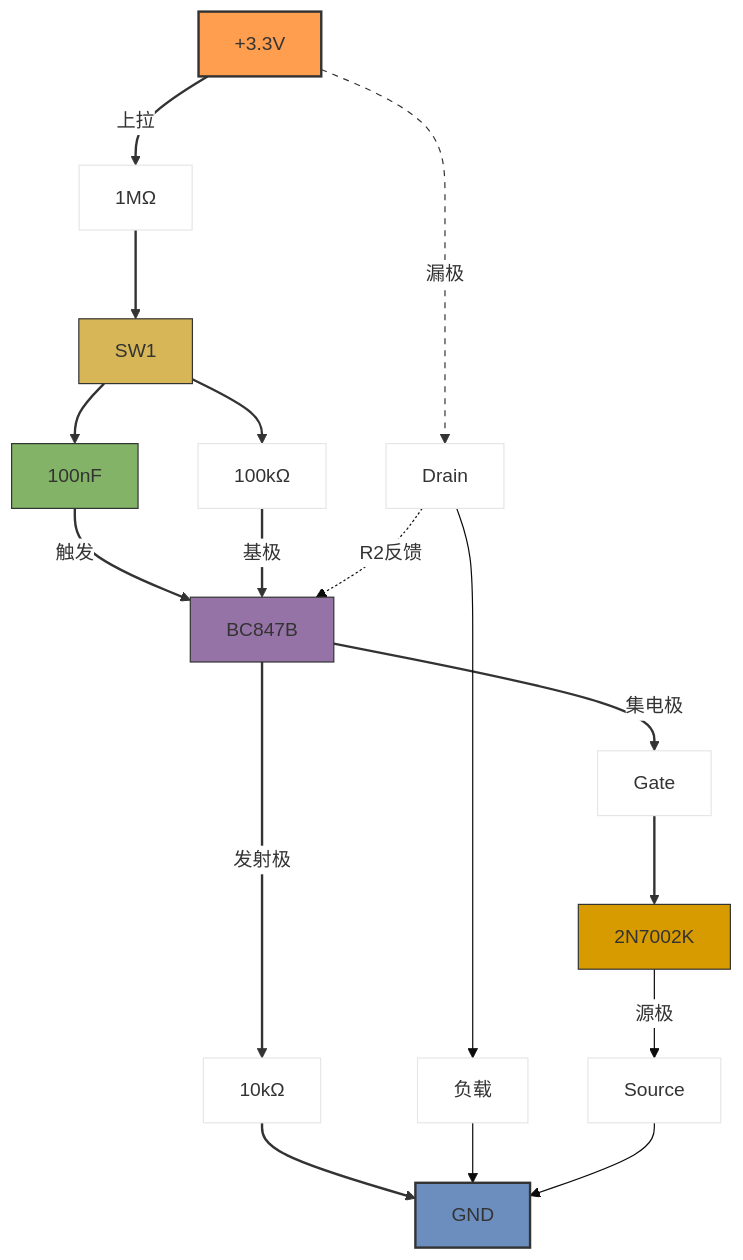
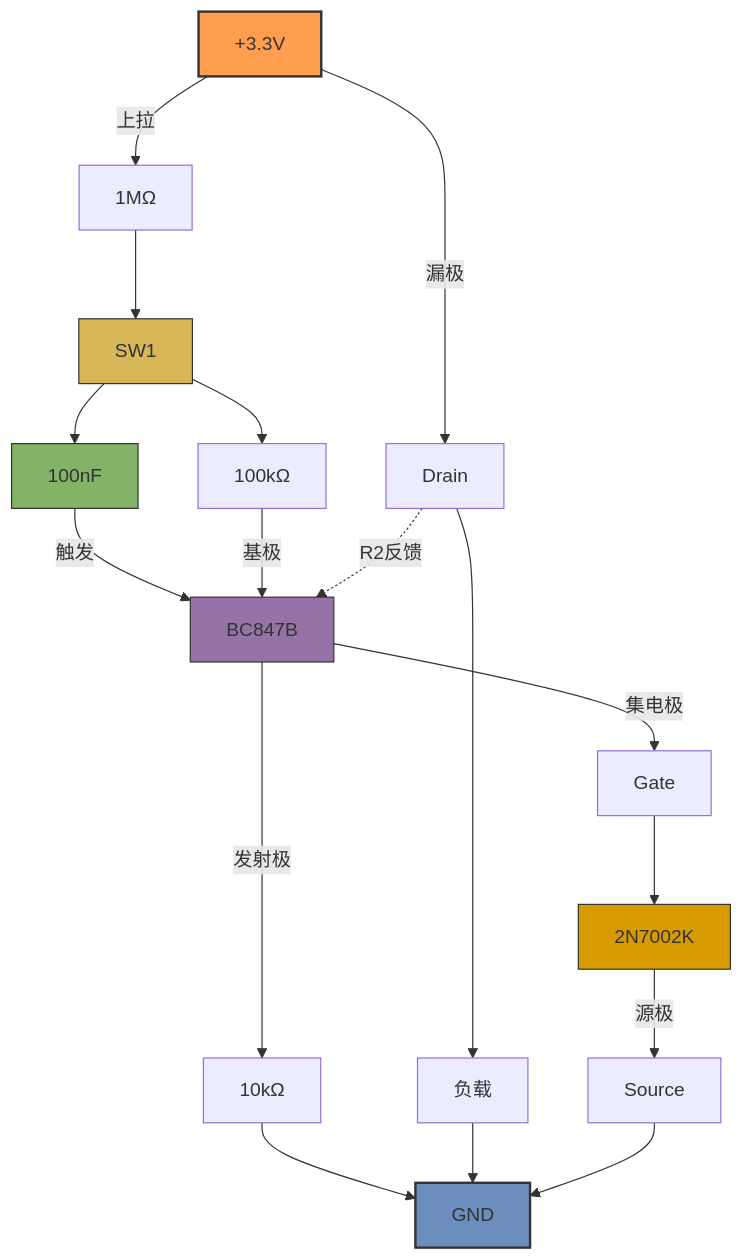
Before and after one commit to imaxu/imaxu.github.io: the second of 3 diagrams in _posts/2025-05-10-mosfet-switch-circuit.md, drawn with Mermaid.

````diff
--- a/_posts/2025-05-10-mosfet-switch-circuit.md
+++ b/_posts/2025-05-10-mosfet-switch-circuit.md
@@ -47,47 +47,48 @@
 ```mermaid
-%%{init: {'theme': 'base', 'themeVariables': { 'primaryColor': '#ffffff'}}}%%
 graph TB;
     %% 电源定义
-    VCC[+3.3V]:::power
-    GND[GND]:::ground
+    VCC[+3.3V]
+    GND[GND]
     
     %% 按键网络
-    SW1[SW1]:::switch
+    SW1[SW1]
     VCC -- 上拉 --> R1[1MΩ]
     R1 --> SW1
     SW1 --> C1[100nF]
     C1 -->|触发| Q2
     
     %% 双稳态控制
-    Q2[BC847B]:::bjt
-    Q1[2N7002K]:::mosfet
+    Q2[BC847B]
+    Q1[2N7002K]
     SW1 --> R2[100kΩ]
     R2 -->|基极| Q2
     Q2 -->|发射极| R3[10kΩ]
     R3 --> GND
     
     %% MOSFET开关
     Q2 -->|集电极| Q1_G[Gate]
     Q1_G --> Q1
     VCC -->|漏极| Q1_D[Drain]
     Q1_D --> LOAD[负载]
     LOAD --> GND
     Q1 -->|源极| Q1_S[Source]
     Q1_S --> GND
     
     %% 正反馈路径
     Q1_D -.->|R2反馈| Q2
     
     %% 样式定义
     classDef power fill:#ff9e4f,stroke:#333,stroke-width:2px;
     classDef ground fill:#6c8ebf,stroke:#333,stroke-width:2px;
     classDef switch fill:#d6b656,stroke:#333;
     classDef mosfet fill:#d79b00,stroke:#333;
     classDef bjt fill:#9673a6,stroke:#333;
     classDef cap fill:#82b366,stroke:#333;
     class C1 cap;
+    class VCC power;
+    class GND ground;
+    class SW1 switch;
+    class Q2 bjt;
+    class Q1 mosfet;
     
-    %% 连接点标注
-    linkStyle 0,1,2,3,4,5,6,7,8,9 stroke:#333,stroke-width:2px;
-    linkStyle 10 stroke:#333,stroke-width:1px,stroke-dasharray:5;
 ```
````
